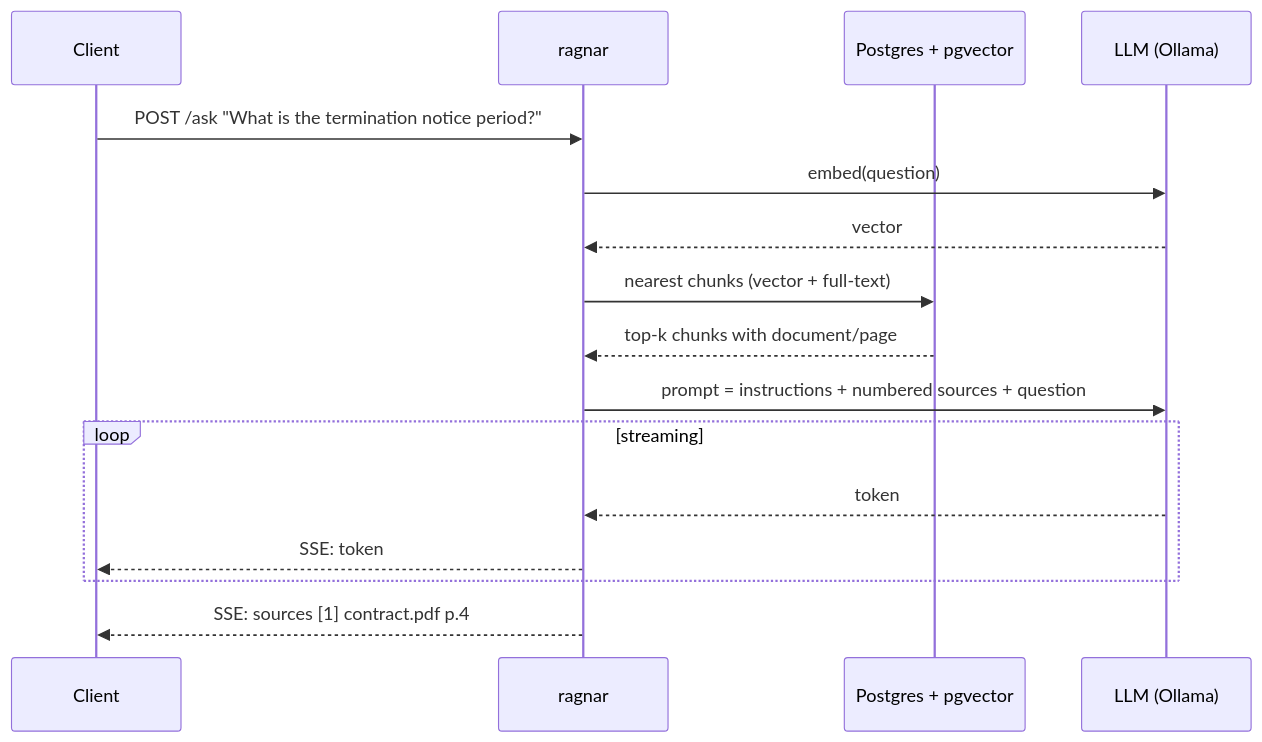
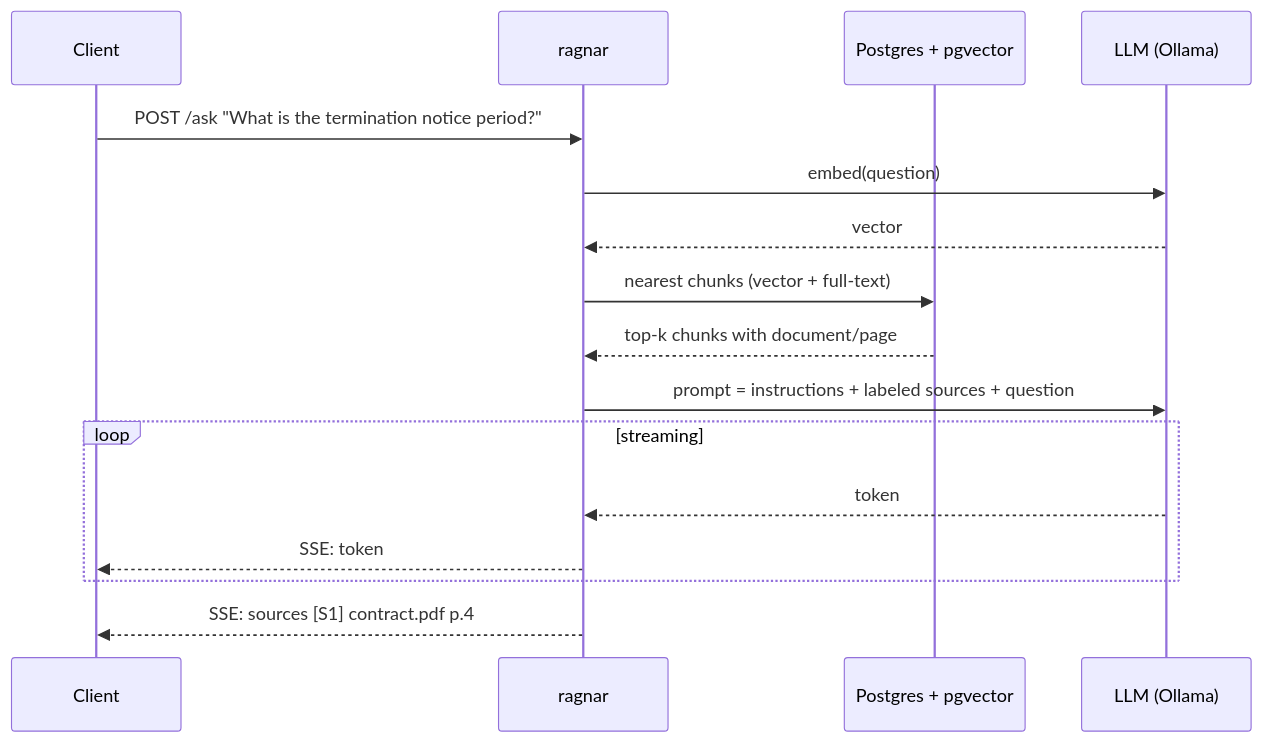
One commit to ihsanguldur/ragnar changed the second of 2 diagrams in README.md. Above: the diagram before and after it, drawn with Mermaid. The commit also changed 5 other files, not shown here.

Commit message:
feat: Label prompt sources as [S1] so heading numbers are not cited

````diff
--- a/README.md
+++ b/README.md
@@ -22,19 +22,19 @@
 ```mermaid
 sequenceDiagram
     participant C as Client
     participant S as ragnar
     participant DB as Postgres + pgvector
     participant L as LLM (Ollama)
 
     C->>S: POST /ask "What is the termination notice period?"
     S->>L: embed(question)
     L-->>S: vector
     S->>DB: nearest chunks (vector + full-text)
     DB-->>S: top-k chunks with document/page
-    S->>L: prompt = instructions + numbered sources + question
+    S->>L: prompt = instructions + labeled sources + question
     loop streaming
         L-->>S: token
         S-->>C: SSE: token
     end
-    S-->>C: SSE: sources [1] contract.pdf p.4
+    S-->>C: SSE: sources [S1] contract.pdf p.4
 ```
````
